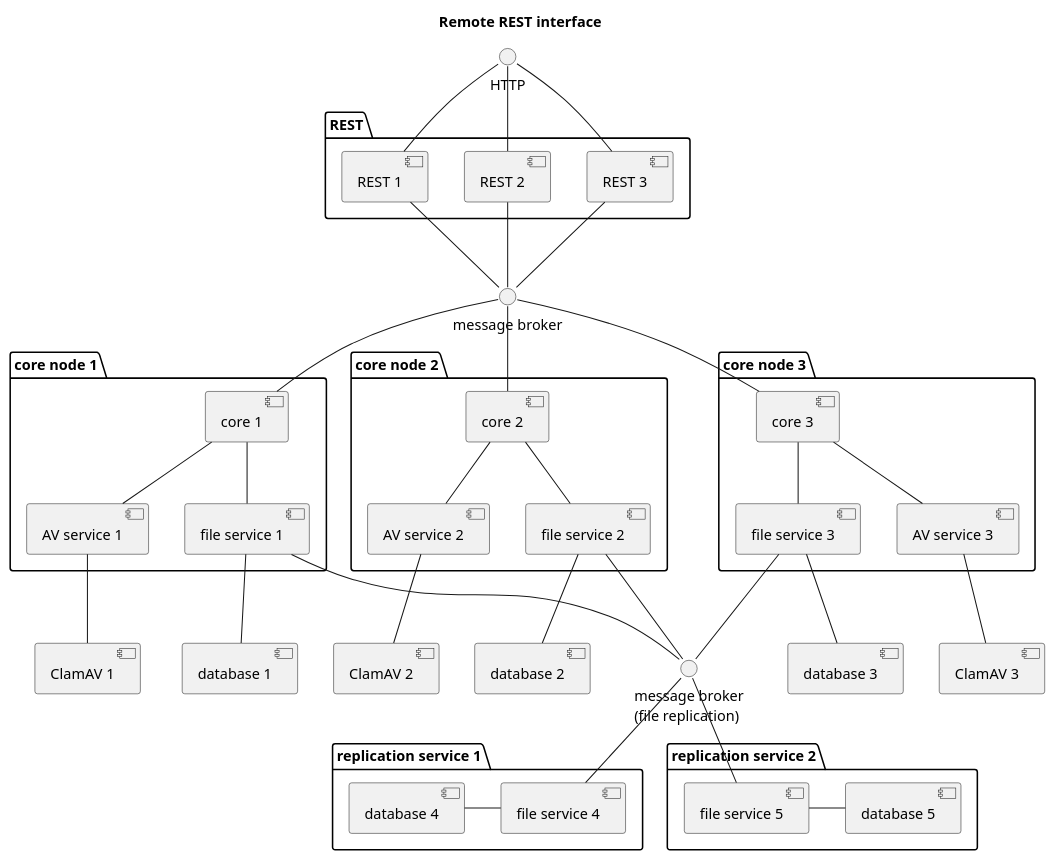
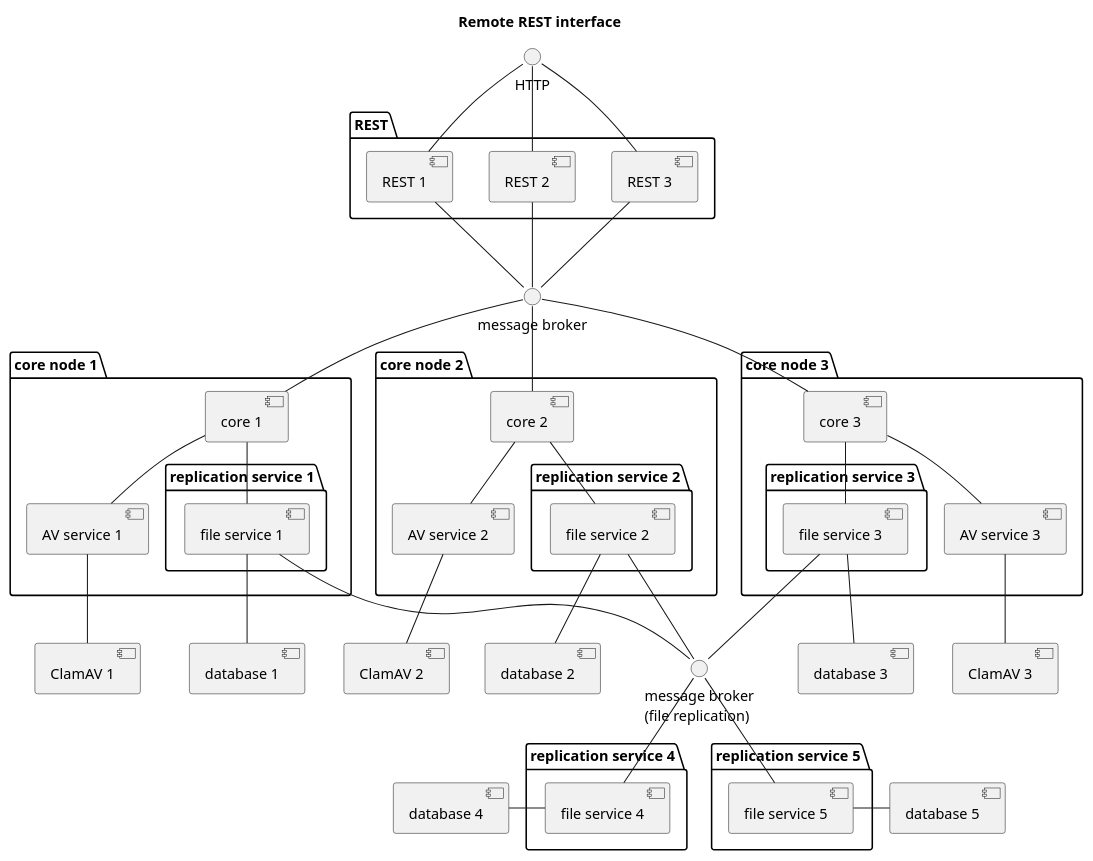
Before and after one commit to dvoraka/av-service: the diagram in docs/remoterestcomponent.puml, drawn with PlantUML. The commit also changed 4 other files, not shown here.

```diff
--- a/docs/remoterestcomponent.puml
+++ b/docs/remoterestcomponent.puml
@@ -1,81 +1,88 @@
 @startuml
 
 title Remote REST interface
 
 interface "HTTP" as http
 interface "message broker" as broker
 interface "message broker\n(file replication)" as broker2
 
 
 package "REST" {
     [REST 3]
     [REST 2]
     [REST 1]
 }
 
 package "core node 1" {
     [core 1]
     [AV service 1]
-    [file service 1]
+
+    package "replication service 1" {
+        [file service 1]
+    }
 }
 
 package "core node 2" {
     [core 2]
     [AV service 2]
-    [file service 2]
+
+    package "replication service 2" {
+        [file service 2]
+    }
 }
 
 package "core node 3" {
     [core 3]
     [AV service 3]
-    [file service 3]
+
+    package "replication service 3" {
+        [file service 3]
+    }
 }
 
-package "replication service 1" {
+package "replication service 4" {
     [file service 4]
-    [database 4]
 }
 
-package "replication service 2" {
+package "replication service 5" {
     [file service 5]
-    [database 5]
 }
 
 http -- [REST 1]
 http -- [REST 2]
 http -- [REST 3]
 
 [REST 1] -- broker
 [REST 2] -- broker
 [REST 3] -- broker
 
 broker -- [core 1]
 broker -- [core 2]
 broker -- [core 3]
 
 [core 1] -- [AV service 1]
 [core 2] -- [AV service 2]
 [core 3] -- [AV service 3]
 
 [core 1] -- [file service 1]
 [core 2] -- [file service 2]
 [core 3] -- [file service 3]
 
 [AV service 1] -- [ClamAV 1]
 [AV service 2] -- [ClamAV 2]
 [AV service 3] -- [ClamAV 3]
 
 [file service 1] -- [database 1]
 [file service 2] -- [database 2]
 [file service 3] -- [database 3]
 
 [file service 1] -- broker2
 [file service 2] -- broker2
 [file service 3] -- broker2
 [file service 4] -up- broker2
 [file service 5] -up- broker2
 
 [file service 4] -left- [database 4]
 [file service 5] - [database 5]
 
 @enduml
```
